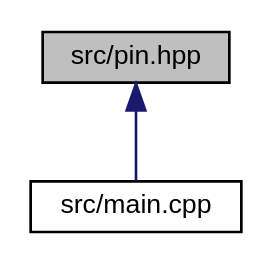
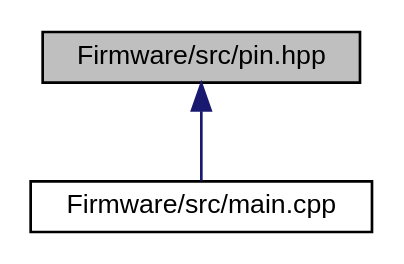
The diagram in docs/pin_8hpp__dep__incl.dot (AkiyukiOkayasu/jade), drawn with Graphviz before and after one commit. The commit also changed 122 other files, not shown here.

```diff
--- a/docs/pin_8hpp__dep__incl.dot
+++ b/docs/pin_8hpp__dep__incl.dot
@@ -1,9 +1,9 @@
-digraph "src/pin.hpp"
+digraph "Firmware/src/pin.hpp"
 {
  // LATEX_PDF_SIZE
   edge [fontname="Helvetica",fontsize="10",labelfontname="Helvetica",labelfontsize="10"];
   node [fontname="Helvetica",fontsize="10",shape=record];
-  Node1 [label="src/pin.hpp",height=0.2,width=0.4,color="black", fillcolor="grey75", style="filled", fontcolor="black",tooltip="Constants about Seeeduino XAIO GPIO."];
+  Node1 [label="Firmware/src/pin.hpp",height=0.2,width=0.4,color="black", fillcolor="grey75", style="filled", fontcolor="black",tooltip="Constants about Seeeduino XAIO GPIO."];
   Node1 -> Node2 [dir="back",color="midnightblue",fontsize="10",style="solid",fontname="Helvetica"];
-  Node2 [label="src/main.cpp",height=0.2,width=0.4,color="black", fillcolor="white", style="filled",URL="$main_8cpp.html",tooltip="jade main"];
+  Node2 [label="Firmware/src/main.cpp",height=0.2,width=0.4,color="black", fillcolor="white", style="filled",URL="$main_8cpp.html",tooltip="jade main"];
 }
```
